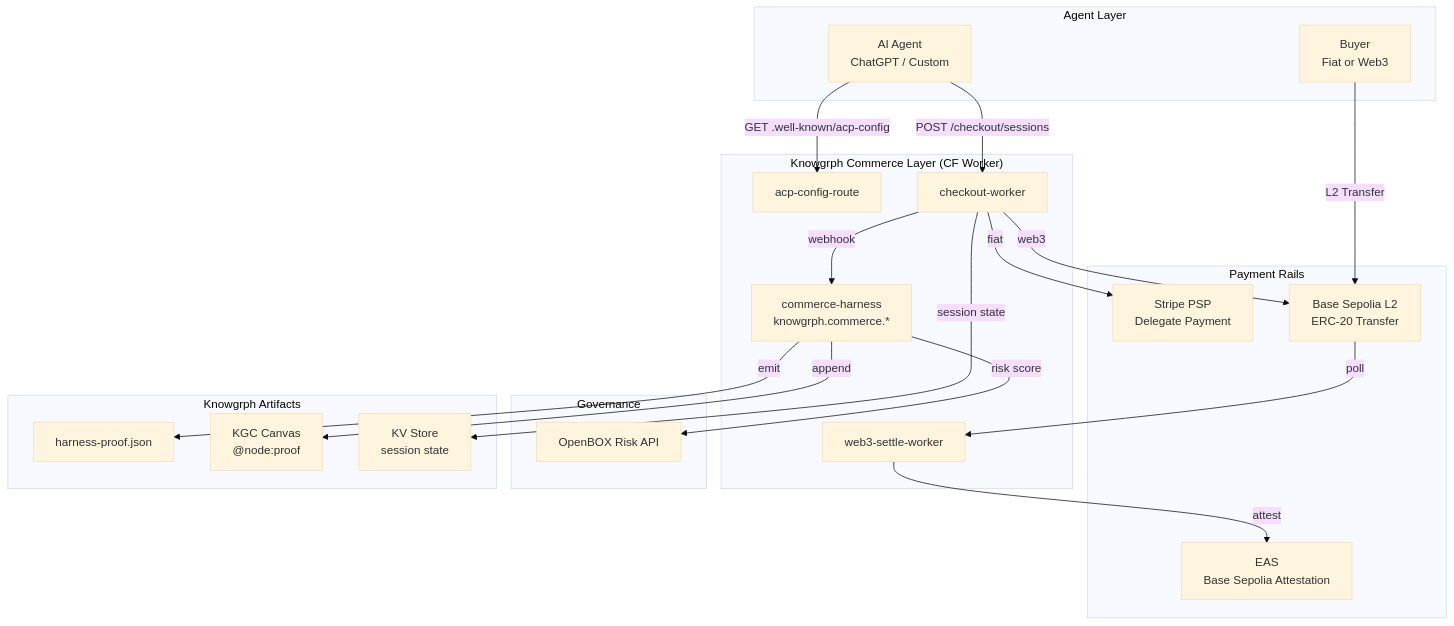
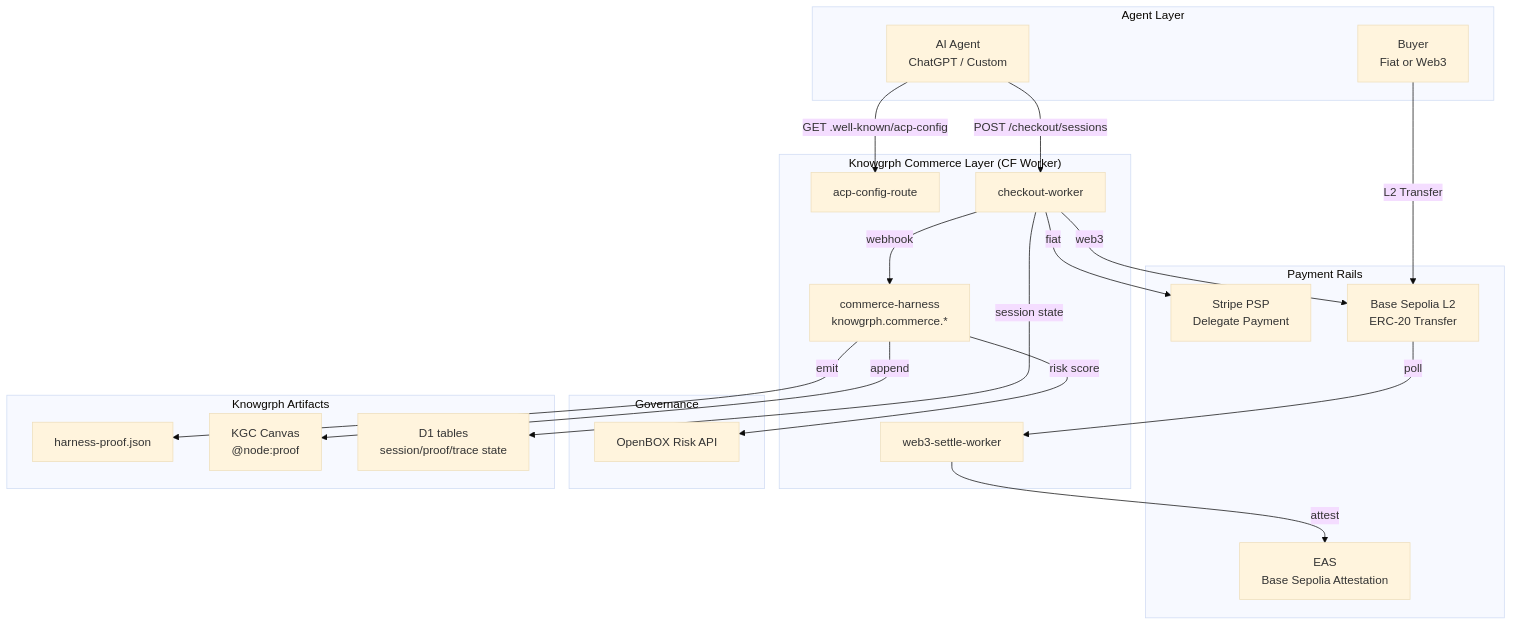
The third of 3 diagrams in docs/documents/knowgrph-agentic-commerce-prd-tad.md (huijoohwee/knowgrph), drawn with Mermaid (base theme) before and after one commit. The commit also changed other lines of this file and 88 other files, not shown here.

````diff
--- a/docs/documents/knowgrph-agentic-commerce-prd-tad.md
+++ b/docs/documents/knowgrph-agentic-commerce-prd-tad.md
@@ -580,43 +579,43 @@
 ```mermaid
 flowchart TB
     subgraph "Agent Layer"
         A1[AI Agent\nChatGPT / Custom]
         A2[Buyer\nFiat or Web3]
     end
 
     subgraph "Knowgrph Commerce Layer (CF Worker)"
         B1[acp-config-route]
         B2[checkout-worker]
         B3[web3-settle-worker]
         B4[commerce-harness\nknowgrph.commerce.*]
     end
 
     subgraph "Payment Rails"
         C1[Stripe PSP\nDelegate Payment]
         C2[Base Sepolia L2\nERC-20 Transfer]
         C3[EAS\nBase Sepolia Attestation]
     end
 
     subgraph "Governance"
         D1[OpenBOX Risk API]
     end
 
     subgraph "Knowgrph Artifacts"
         E1[harness-proof.json]
         E2[KGC Canvas\n@node:proof]
-        E3[KV Store\nsession state]
+        E3[D1 tables\nsession/proof/trace state]
     end
 
     A1 -->|GET .well-known/acp-config| B1
     A1 -->|POST /checkout/sessions| B2
     A2 -->|L2 Transfer| C2
     B2 -->|fiat| C1
     B2 -->|web3| C2
     B2 -->|session state| E3
     C2 -->|poll| B3
     B3 -->|attest| C3
     B2 -->|webhook| B4
     B4 -->|risk score| D1
     B4 -->|emit| E1
     B4 -->|append| E2
 ```
````
